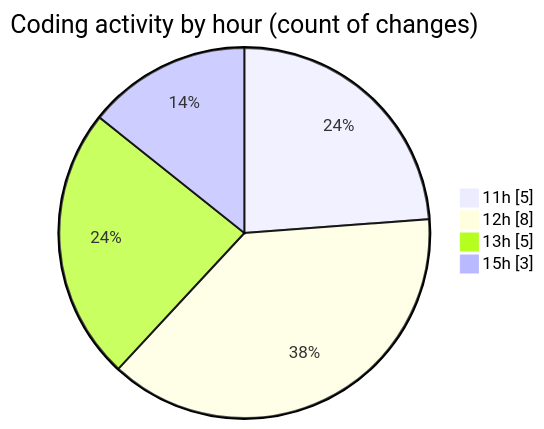
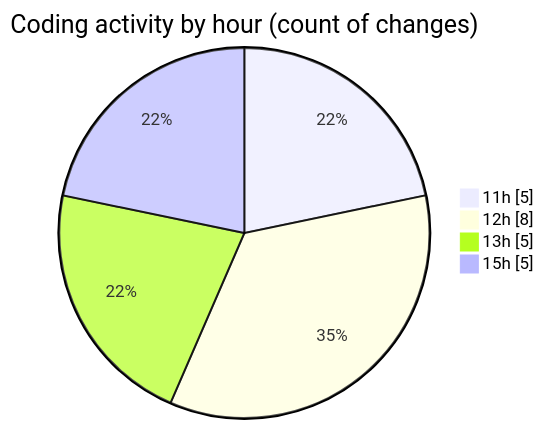
The second of 2 diagrams in 2026-01-15/nxtqube_webapp/README.md (nxtqubesakshisongat/code-tracking), drawn with Mermaid before and after one commit. The commit also changed other lines of this file and 1 other file, not shown here.

````diff
--- a/2026-01-15/nxtqube_webapp/README.md
+++ b/2026-01-15/nxtqube_webapp/README.md
@@ -33,8 +34,8 @@
 ```mermaid
 pie showData
 title Coding activity by hour (count of changes)
 "11h" : 5
 "12h" : 8
 "13h" : 5
-"15h" : 3
+"15h" : 5
 ```
````
